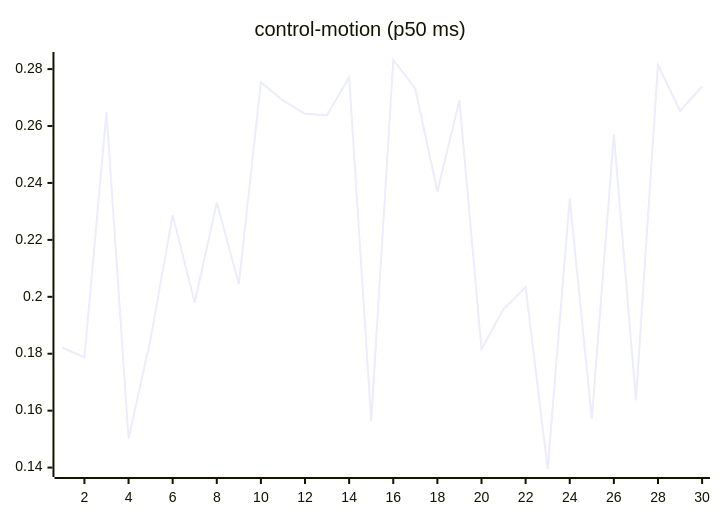
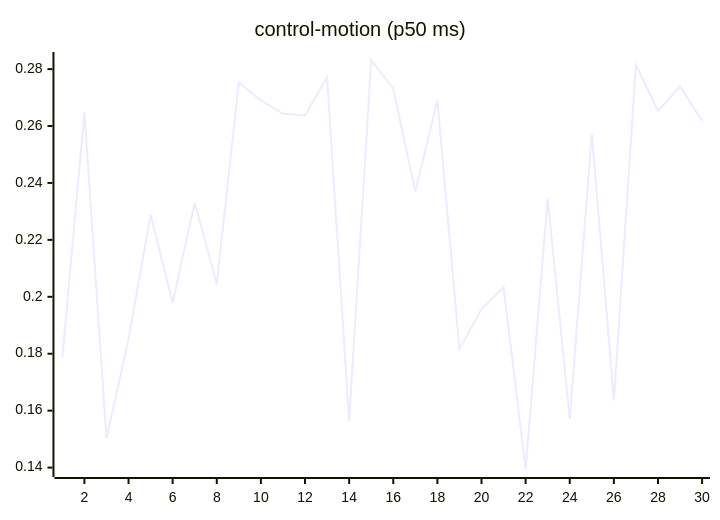
One commit to josha/Facet changed the seventh of 27 diagrams in README.md. Above: the diagram before and after it, drawn with Mermaid. The commit also changed other lines of this file and 2 other files, not shown here.

````diff
--- a/README.md
+++ b/README.md
@@ -105,6 +105,6 @@
 ```mermaid
 xychart-beta
     title "control-motion (p50 ms)"
     x-axis 1 --> 30
-    line [0.1822, 0.1787, 0.2649, 0.1502, 0.1852, 0.2287, 0.1979, 0.2331, 0.2045, 0.2754, 0.2690, 0.2643, 0.2638, 0.2771, 0.1563, 0.2832, 0.2731, 0.2370, 0.2690, 0.1816, 0.1957, 0.2034, 0.1395, 0.2345, 0.1571, 0.2571, 0.1636, 0.2815, 0.2653, 0.2739]
+    line [0.1787, 0.2649, 0.1502, 0.1852, 0.2287, 0.1979, 0.2331, 0.2045, 0.2754, 0.2690, 0.2643, 0.2638, 0.2771, 0.1563, 0.2832, 0.2731, 0.2370, 0.2690, 0.1816, 0.1957, 0.2034, 0.1395, 0.2345, 0.1571, 0.2571, 0.1636, 0.2815, 0.2653, 0.2739, 0.2618]
 ```
````
